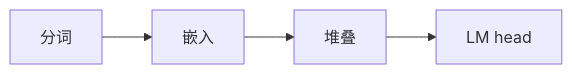
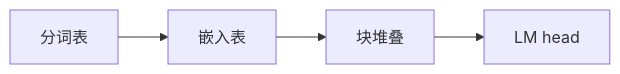
Before and after one commit to chaxus/arche: the diagram in web/src/content/beginner/cn/overview.md, drawn with Mermaid. The commit also changed other lines of this file and 11 other files, not shown here.

````diff
--- a/web/src/content/beginner/cn/overview.md
+++ b/web/src/content/beginner/cn/overview.md
@@ -9,6 +9,6 @@
 ```mermaid
 flowchart LR
-  tok[分词] --> emb[嵌入]
-  emb --> stack[堆叠]
+  tok[分词表] --> emb[嵌入表]
+  emb --> stack[块堆叠]
   stack --> head[LM head]
 ```
````
